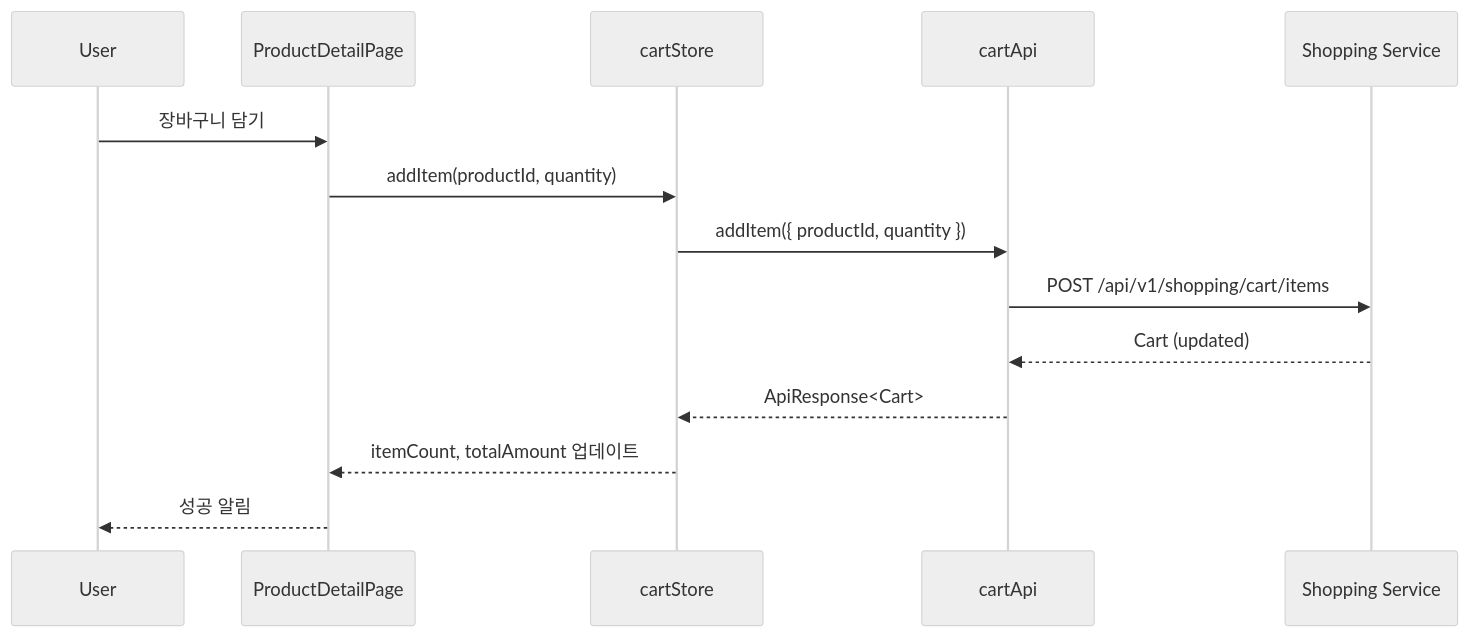
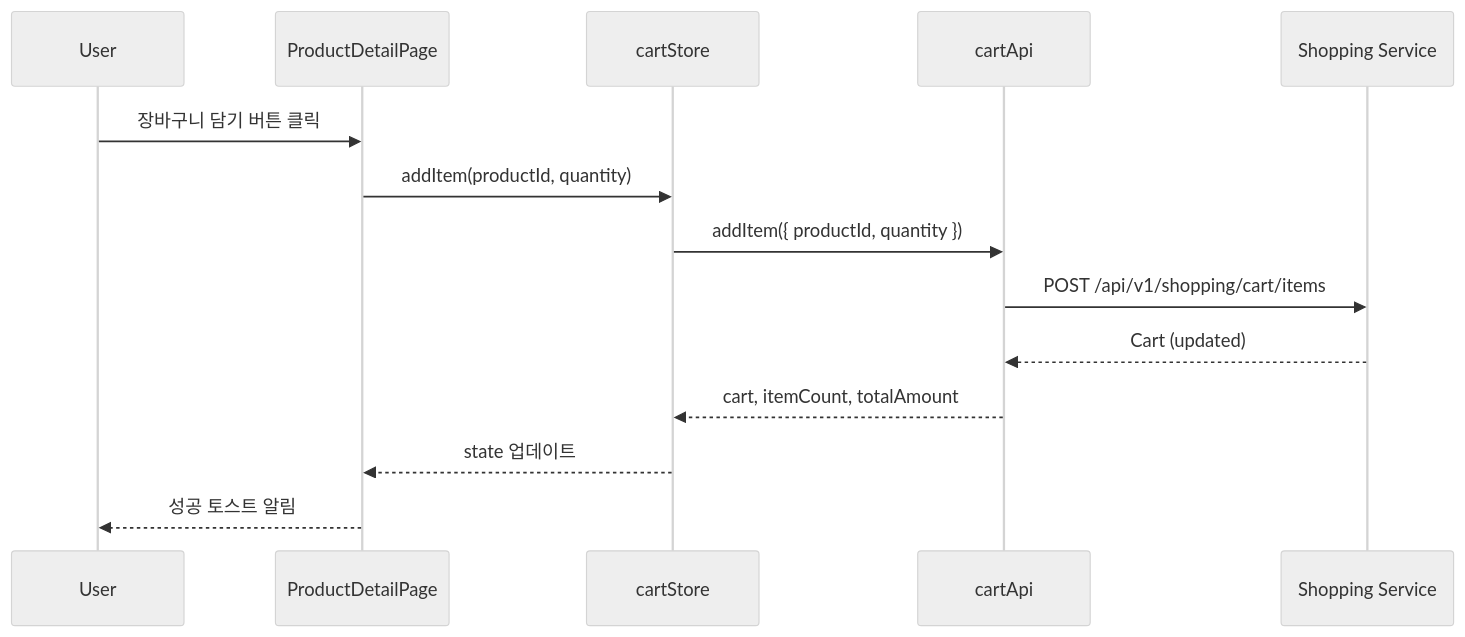
The third of 5 diagrams in docs/architecture/shopping-frontend/system-overview.md (L-a-z-e/portal-universe), drawn with Mermaid (neutral theme) before and after one commit. The commit also changed other lines of this file and 4 other files, not shown here.

First line of the commit message:
docs(architecture): rewrite shopping-frontend docs to match actual codebase

````diff
--- a/docs/architecture/shopping-frontend/system-overview.md
+++ b/docs/architecture/shopping-frontend/system-overview.md
@@ -364,17 +700,17 @@
 ```mermaid
 sequenceDiagram
     participant User
     participant PD as ProductDetailPage
     participant CS as cartStore
     participant API as cartApi
     participant SS as Shopping Service
 
-    User->>PD: 장바구니 담기
+    User->>PD: 장바구니 담기 버튼 클릭
     PD->>CS: addItem(productId, quantity)
     CS->>API: addItem({ productId, quantity })
     API->>SS: POST /api/v1/shopping/cart/items
     SS-->>API: Cart (updated)
-    API-->>CS: ApiResponse<Cart>
-    CS-->>PD: itemCount, totalAmount 업데이트
-    PD-->>User: 성공 알림
+    API-->>CS: cart, itemCount, totalAmount
+    CS-->>PD: state 업데이트
+    PD-->>User: 성공 토스트 알림
 ```
````
